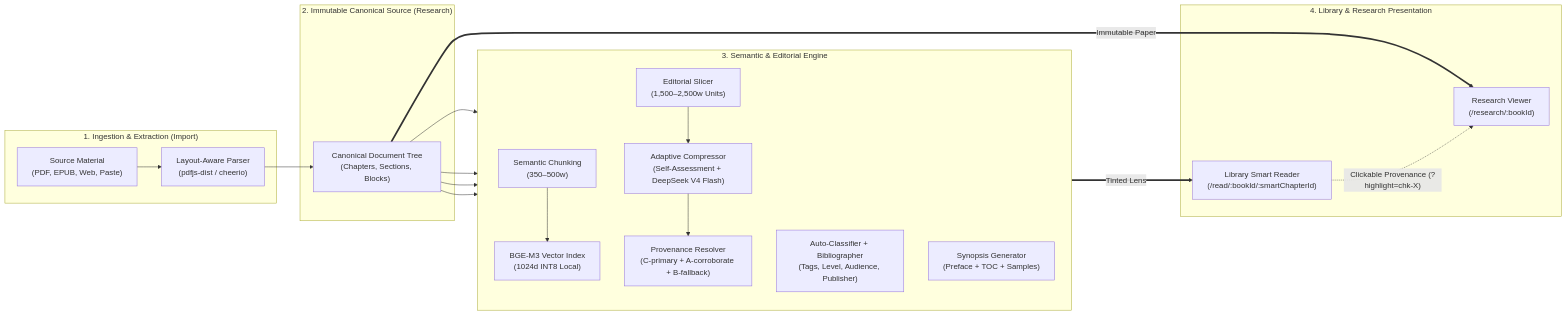
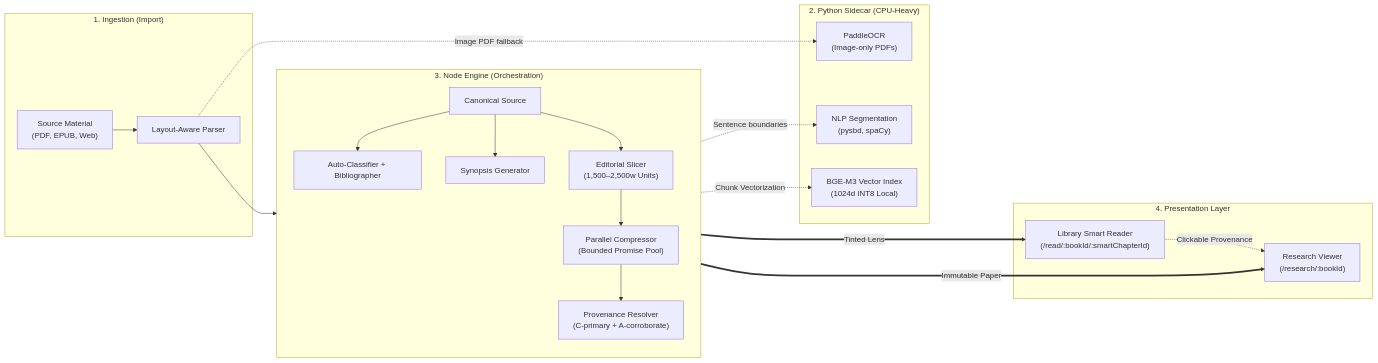
The diagram in README.md (avengersvstheflash/Smart-Reader), drawn with Mermaid before and after one commit. The commit also changed other lines of this file, not shown here.

Commit message:
docs: upgrade README with architecture, sidecar, and test coverage

````diff
--- a/README.md
+++ b/README.md
@@ -125,35 +60,48 @@
 ```mermaid
 flowchart LR
-    subgraph INGESTION [" 1. Ingestion & Extraction (Import) "]
-        RawDoc["Source Material\n(PDF, EPUB, Web, Paste)"]
-        Parser["Layout-Aware Parser\n(pdfjs-dist / cheerio)"]
+    subgraph INGESTION ["1. Ingestion (Import)"]
+        RawDoc["Source Material
+(PDF, EPUB, Web)"]
+        Parser["Layout-Aware Parser"]
         RawDoc --> Parser
     end
 
-    subgraph CANONICAL [" 2. Immutable Canonical Source (Research) "]
-        Canon["Canonical Document Tree\n(Chapters, Sections, Blocks)"]
-        Parser --> Canon
+    subgraph PYTHON_SIDECAR ["2. Python Sidecar (CPU-Heavy)"]
+        OCR["PaddleOCR
+(Image-only PDFs)"]
+        NLP["NLP Segmentation
+(pysbd, spaCy)"]
+        Embedder["BGE-M3 Vector Index
+(1024d INT8 Local)"]
     end
 
-    subgraph PIPELINE [" 3. Semantic & Editorial Engine "]
+    subgraph NODE_ENGINE ["3. Node Engine (Orchestration)"]
         direction TB
-        Chunker["Semantic Chunking\n(350–500w)"]
-        Embedder["BGE-M3 Vector Index\n(1024d INT8 Local)"]
-        Classifier["Auto-Classifier + Bibliographer\n(Tags, Level, Audience, Publisher)"]
-        Synopsis["Synopsis Generator\n(Preface + TOC + Samples)"]
-        Planner["Editorial Slicer\n(1,500–2,500w Units)"]
-        Compressor["Adaptive Compressor\n(Self-Assessment + DeepSeek V4 Flash)"]
-        ProvResolver["Provenance Resolver\n(C-primary + A-corroborate + B-fallback)"]
-
-        Canon --> Chunker --> Embedder
+        Canon["Canonical Source"]
+        Classifier["Auto-Classifier + Bibliographer"]
+        Synopsis["Synopsis Generator"]
+        Planner["Editorial Slicer
+(1,500–2,500w Units)"]
+        Compressor["Parallel Compressor
+(Bounded Promise Pool)"]
+        ProvResolver["Provenance Resolver
+(C-primary + A-corroborate)"]
+        
         Canon --> Classifier
         Canon --> Synopsis
         Canon --> Planner --> Compressor --> ProvResolver
     end
 
-    subgraph PRESENTATION [" 4. Library & Research Presentation "]
-        Canon ===>|"Immutable Paper"| ResearchViewer["Research Viewer\n(/research/:bookId)"]
-        ProvResolver ===>|"Tinted Lens"| LibraryReader["Library Smart Reader\n(/read/:bookId/:smartChapterId)"]
-        LibraryReader -.->|"Clickable Provenance (?highlight=chk-X)"| ResearchViewer
+    Parser --> Canon
+    Parser -.->|"Image PDF fallback"| OCR
+    Canon -.->|"Sentence boundaries"| NLP
+    Canon -.->|"Chunk Vectorization"| Embedder
+
+    subgraph PRESENTATION ["4. Presentation Layer"]
+        Canon ===>|"Immutable Paper"| ResearchViewer["Research Viewer
+(/research/:bookId)"]
+        ProvResolver ===>|"Tinted Lens"| LibraryReader["Library Smart Reader
+(/read/:bookId/:smartChapterId)"]
+        LibraryReader -.->|"Clickable Provenance"| ResearchViewer
     end
 ```
````
